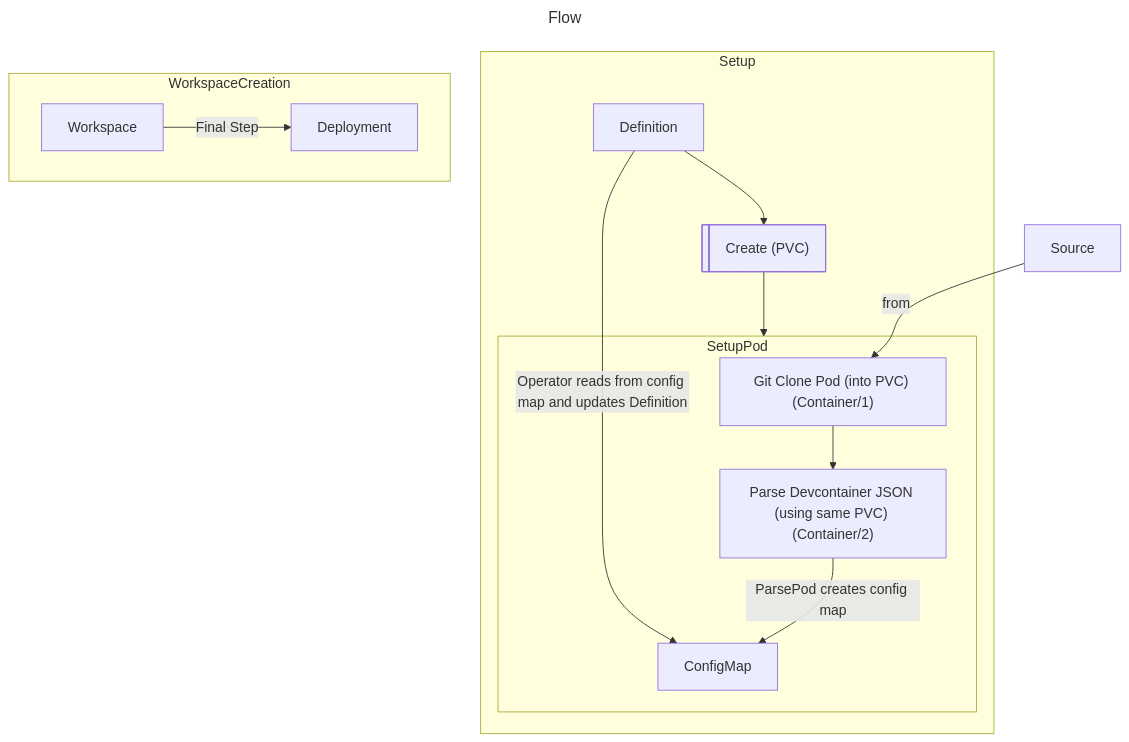
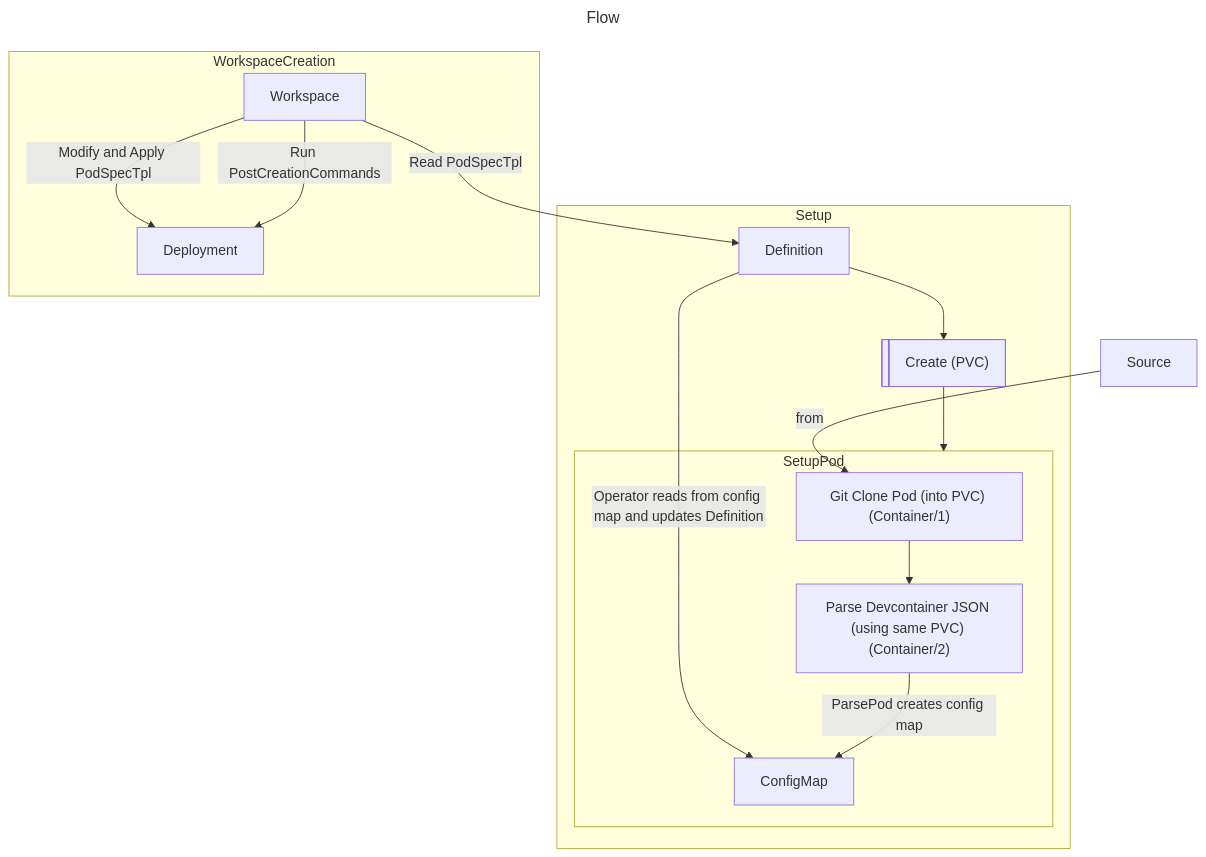
One commit to everproc/devcontainer-operator changed the second of 2 diagrams in julius/devcontainer-operator-poc/README.md. Above: the diagram before and after it, drawn with Mermaid.

Commit message:
more mermaid charts, still work in progress

````diff
--- a/julius/devcontainer-operator-poc/README.md
+++ b/julius/devcontainer-operator-poc/README.md
@@ -40,30 +40,32 @@
 ```mermaid
 ---
 title: Flow
 ---
 flowchart
 	PVC@{ shape: lin-rect, label: "Create (PVC)" }
 	Clone@{ label : Git Clone Pod (into PVC) (Container/1) }
 	Parse@{ label : Parse Devcontainer JSON (using same PVC) (Container/2) }
 
 	 
 
 	Source -->|from|Clone
 
 	subgraph Setup
 		Definition -->|Operator reads from config map and updates Definition|ConfigMap
 		Definition --> PVC
 		PVC --> SetupPod
 		subgraph SetupPod
 			Clone --> Parse
 			Parse -->|ParsePod creates config map|ConfigMap
 		end
 		
 	end
 	subgraph WorkspaceCreation
-		Workspace -->|Final Step|Deployment
+		Workspace -->|Read PodSpecTpl|Definition
+		Workspace -->|Modify and Apply PodSpecTpl|Deployment
+		Workspace -->|Run PostCreationCommands|Deployment
 	end
 	
     
 
 ```
````
